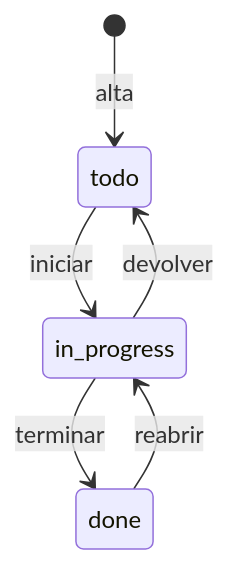
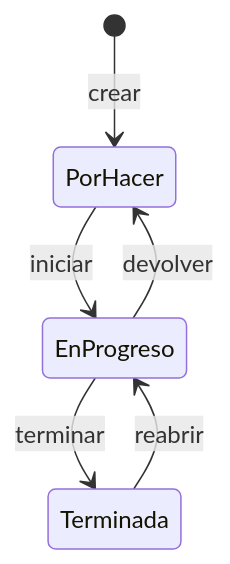
Before and after one commit to moisescb123/TaskFlowDevops: the ninth of 12 diagrams in README.md, drawn with Mermaid. The commit also changed other lines of this file, not shown here.

First line of the commit message:
docs: align README system models with week-5 UML notation.

````diff
--- a/README.md
+++ b/README.md
@@ -286,8 +236,8 @@
 ```mermaid
 stateDiagram-v2
-  [*] --> todo: alta
-  todo --> in_progress: iniciar
-  in_progress --> done: terminar
-  done --> in_progress: reabrir
-  in_progress --> todo: devolver
+  [*] --> PorHacer: crear
+  PorHacer --> EnProgreso: iniciar
+  EnProgreso --> Terminada: terminar
+  Terminada --> EnProgreso: reabrir
+  EnProgreso --> PorHacer: devolver
 ```
````
